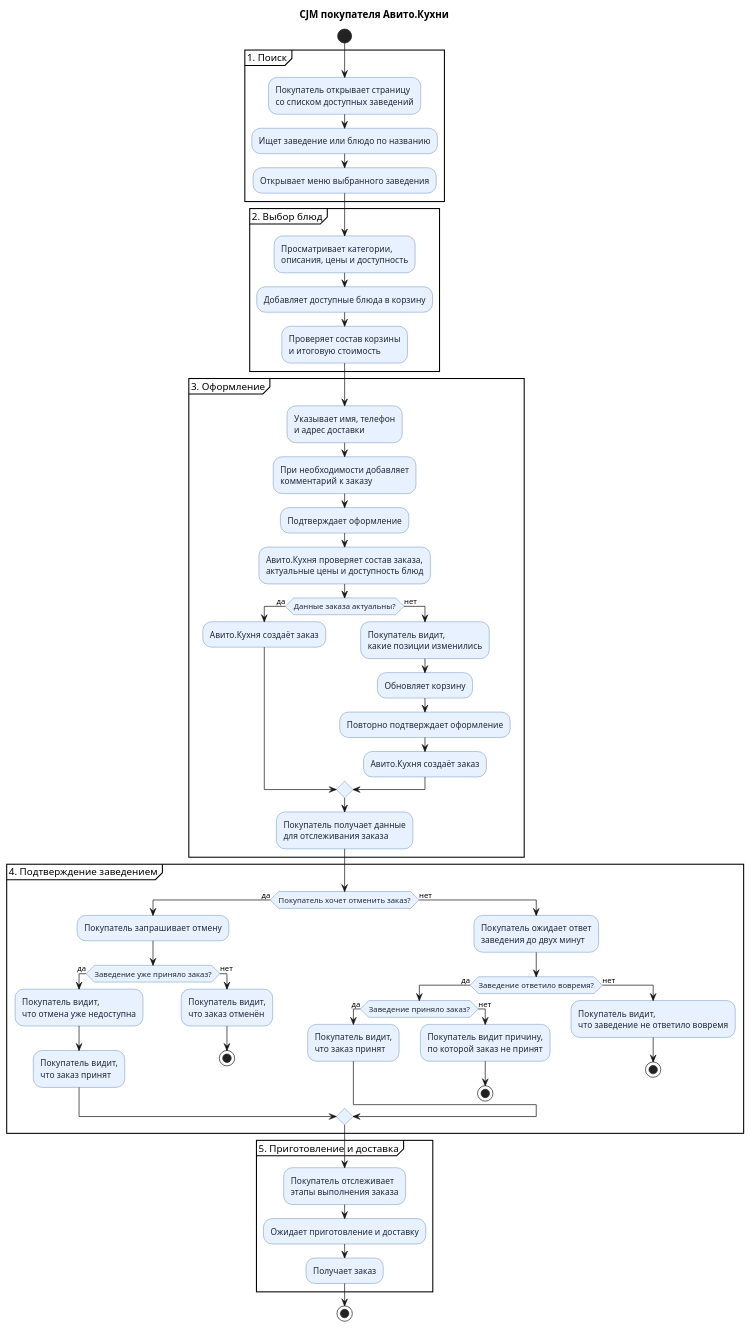
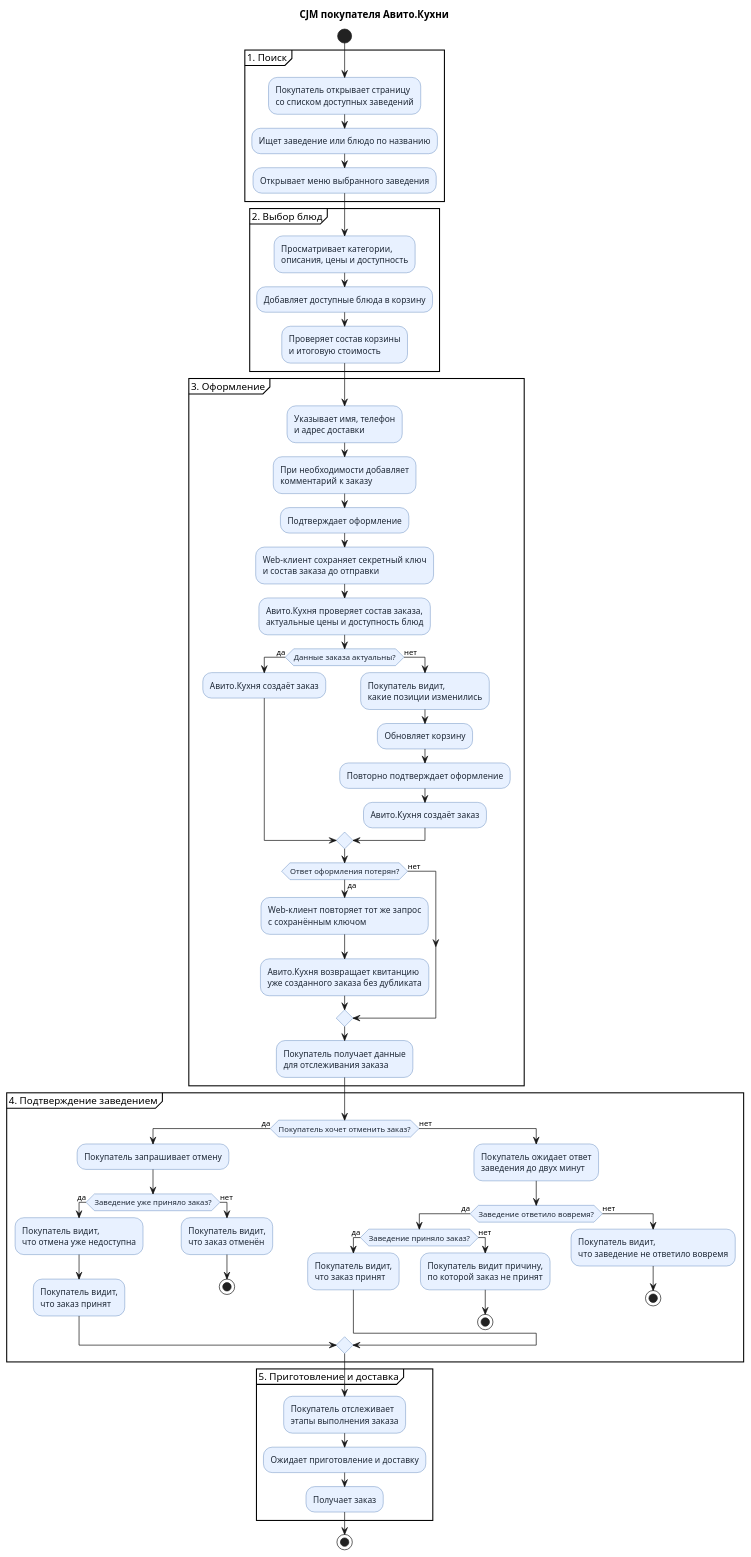
The diagram in docs/diagrams/customer-cjm.puml (DevDashkovsky/kitchen-avito), drawn with PlantUML before and after one commit. The commit also changed 22 other files, not shown here.

```diff
--- a/docs/diagrams/customer-cjm.puml
+++ b/docs/diagrams/customer-cjm.puml
@@ -1,94 +1,103 @@
 @startuml
 title CJM покупателя Авито.Кухни
 
 skinparam backgroundColor #FFFFFF
 skinparam activity {
   BackgroundColor #E8F1FF
   BorderColor #3567A8
   FontColor #1F2937
 }
 
 start
 
 partition "1. Поиск" {
   :Покупатель открывает страницу
   со списком доступных заведений;
   :Ищет заведение или блюдо по названию;
   :Открывает меню выбранного заведения;
 }
 
 partition "2. Выбор блюд" {
   :Просматривает категории,
   описания, цены и доступность;
   :Добавляет доступные блюда в корзину;
   :Проверяет состав корзины
   и итоговую стоимость;
 }
 
 partition "3. Оформление" {
   :Указывает имя, телефон
   и адрес доставки;
   :При необходимости добавляет
   комментарий к заказу;
   :Подтверждает оформление;
+  :Web-клиент сохраняет секретный ключ
+  и состав заказа до отправки;
   :Авито.Кухня проверяет состав заказа,
   актуальные цены и доступность блюд;
 
   if (Данные заказа актуальны?) then (да)
     :Авито.Кухня создаёт заказ;
   else (нет)
     :Покупатель видит,
     какие позиции изменились;
     :Обновляет корзину;
     :Повторно подтверждает оформление;
     :Авито.Кухня создаёт заказ;
   endif
 
+  if (Ответ оформления потерян?) then (да)
+    :Web-клиент повторяет тот же запрос
+    с сохранённым ключом;
+    :Авито.Кухня возвращает квитанцию
+    уже созданного заказа без дубликата;
+  else (нет)
+  endif
   :Покупатель получает данные
   для отслеживания заказа;
 }
 
 partition "4. Подтверждение заведением" {
   if (Покупатель хочет отменить заказ?) then (да)
     :Покупатель запрашивает отмену;
 
     if (Заведение уже приняло заказ?) then (да)
       :Покупатель видит,
       что отмена уже недоступна;
       :Покупатель видит,
       что заказ принят;
     else (нет)
       :Покупатель видит,
       что заказ отменён;
       stop
     endif
   else (нет)
     :Покупатель ожидает ответ
     заведения до двух минут;
 
     if (Заведение ответило вовремя?) then (да)
       if (Заведение приняло заказ?) then (да)
         :Покупатель видит,
         что заказ принят;
       else (нет)
         :Покупатель видит причину,
         по которой заказ не принят;
         stop
       endif
     else (нет)
       :Покупатель видит,
       что заведение не ответило вовремя;
       stop
     endif
   endif
 }
 
 partition "5. Приготовление и доставка" {
   :Покупатель отслеживает
   этапы выполнения заказа;
   :Ожидает приготовление и доставку;
   :Получает заказ;
 }
 
 stop
 @enduml
```
